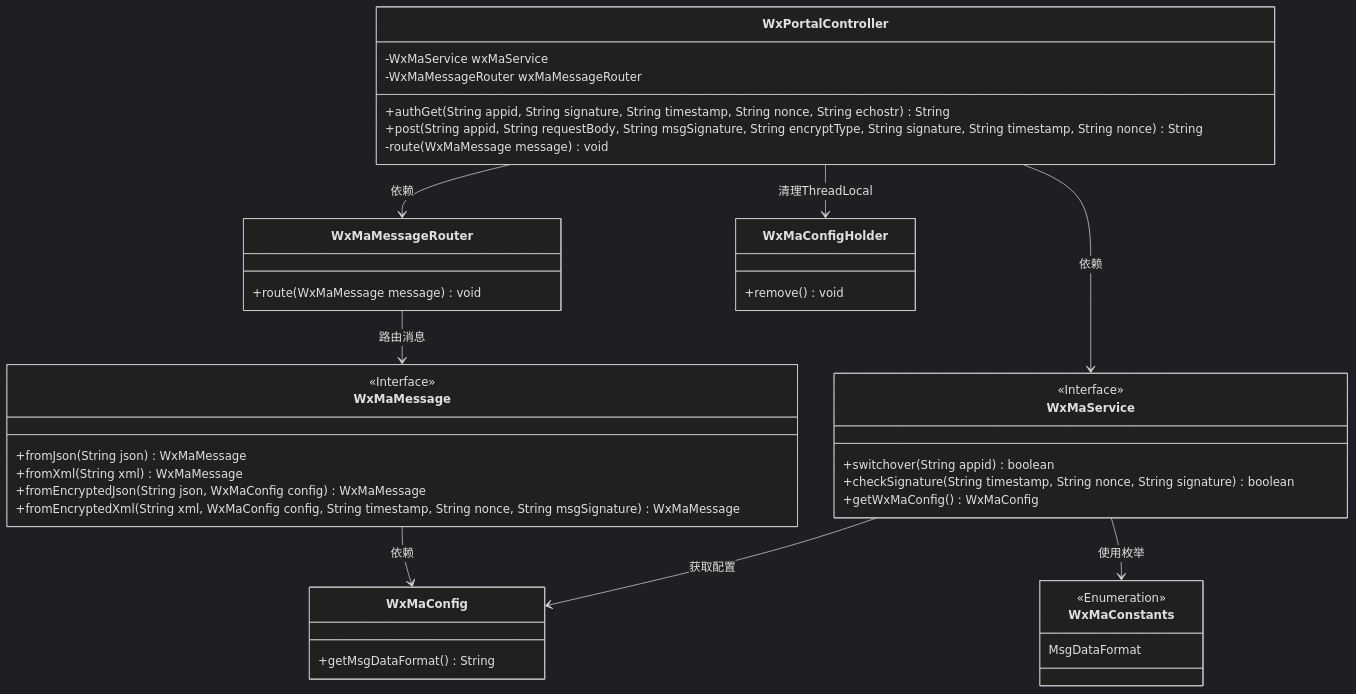
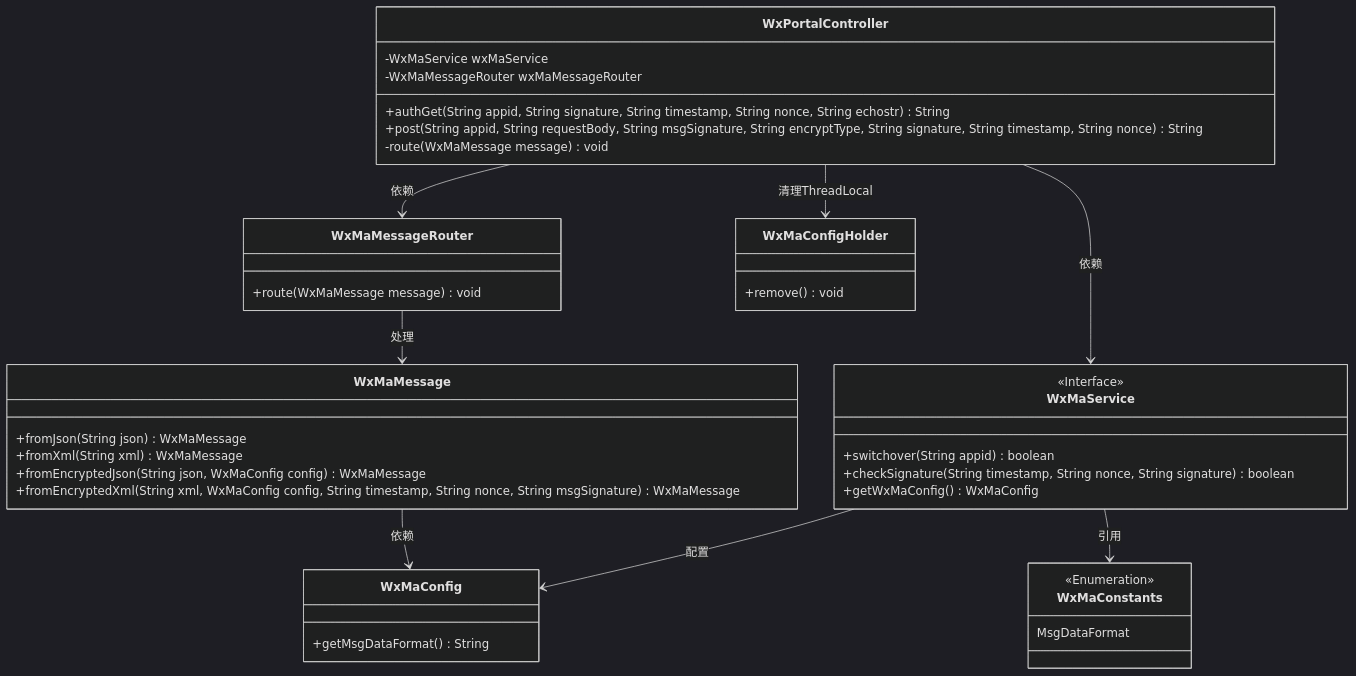
The first of 2 diagrams in docs/zh/docs/src/main/java/com/github/binarywang/demo/wx/miniapp/controller/WxPortalController.md (v-wjrong/binary_weixin-java-miniapp-demo), drawn with Mermaid (dark theme) before and after one commit. The commit also changed other lines of this file and 50 other files, not shown here.

````diff
--- a/docs/zh/docs/src/main/java/com/github/binarywang/demo/wx/miniapp/controller/WxPortalController.md
+++ b/docs/zh/docs/src/main/java/com/github/binarywang/demo/wx/miniapp/controller/WxPortalController.md
@@ -36,50 +36,49 @@
 ```mermaid
 classDiagram
     class WxPortalController {
         -WxMaService wxMaService
         -WxMaMessageRouter wxMaMessageRouter
         +authGet(String appid, String signature, String timestamp, String nonce, String echostr) String
         +post(String appid, String requestBody, String msgSignature, String encryptType, String signature, String timestamp, String nonce) String
         -route(WxMaMessage message) void
     }
 
     class WxMaService {
         <<Interface>>
         +switchover(String appid) boolean
         +checkSignature(String timestamp, String nonce, String signature) boolean
         +getWxMaConfig() WxMaConfig
     }
 
     class WxMaMessageRouter {
         +route(WxMaMessage message) void
     }
 
     class WxMaMessage {
-        <<Interface>>
         +fromJson(String json) WxMaMessage
         +fromXml(String xml) WxMaMessage
         +fromEncryptedJson(String json, WxMaConfig config) WxMaMessage
         +fromEncryptedXml(String xml, WxMaConfig config, String timestamp, String nonce, String msgSignature) WxMaMessage
     }
 
     class WxMaConfig {
         +getMsgDataFormat() String
     }
 
     class WxMaConstants {
         <<Enumeration>>
         MsgDataFormat
     }
 
     class WxMaConfigHolder {
         +remove() void
     }
 
     WxPortalController --> WxMaService : 依赖
     WxPortalController --> WxMaMessageRouter : 依赖
-    WxMaMessageRouter --> WxMaMessage : 路由消息
-    WxMaService --> WxMaConfig : 获取配置
-    WxMaService --> WxMaConstants : 使用枚举
+    WxMaMessageRouter --> WxMaMessage : 处理
     WxMaMessage --> WxMaConfig : 依赖
+    WxMaService --> WxMaConfig : 配置
+    WxMaService --> WxMaConstants : 引用
     WxPortalController --> WxMaConfigHolder : 清理ThreadLocal
 ```
````
